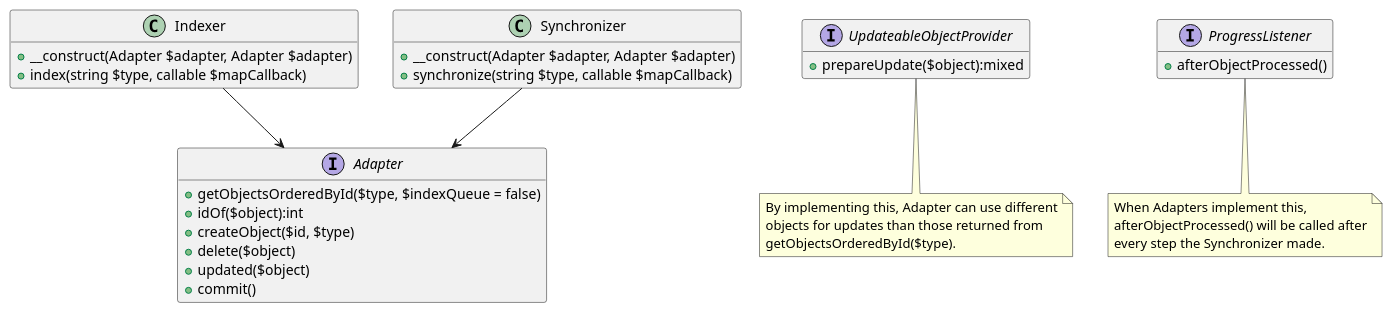
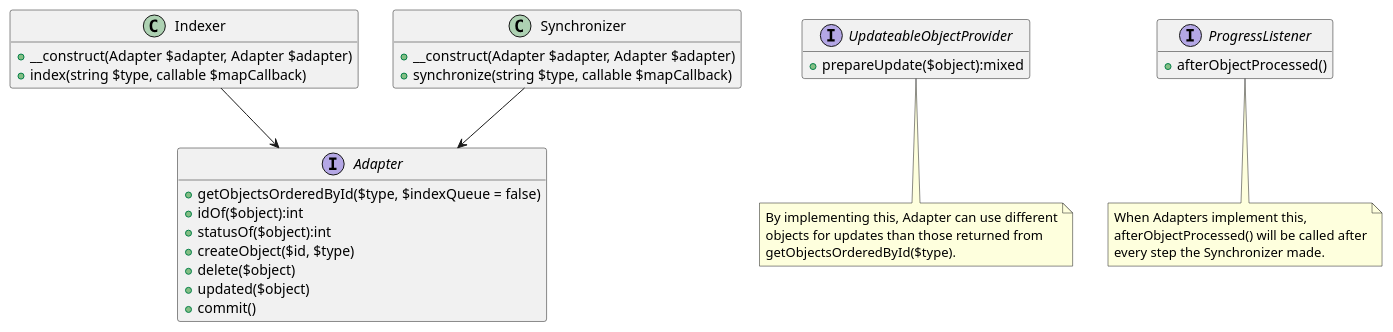
The diagram in doc/class-diagram.puml (h69/content-mapping), drawn with PlantUML before and after one commit. The commit also changed 2 other files, not shown here.

Commit message:
update class-diagram and concept readme

```diff
--- a/doc/class-diagram.puml
+++ b/doc/class-diagram.puml
@@ -1,38 +1,39 @@
 @startuml
 
 hide empty methods
 hide empty fields
 
 class Indexer {
     +__construct(Adapter $adapter, Adapter $adapter)
     +index(string $type, callable $mapCallback)
 }
 
 class Synchronizer {
     +__construct(Adapter $adapter, Adapter $adapter)
     +synchronize(string $type, callable $mapCallback)
 }
 
 interface Adapter {
     +getObjectsOrderedById($type, $indexQueue = false)
     +idOf($object):int
+    +statusOf($object):int
     +createObject($id, $type)
     +delete($object)
     +updated($object)
     +commit()
 }
 
 interface UpdateableObjectProvider {
     +prepareUpdate($object):mixed
 }
 note bottom: By implementing this, Adapter can use different\nobjects for updates than those returned from\ngetObjectsOrderedById($type).
 
 interface ProgressListener {
     +afterObjectProcessed()
 }
 note bottom: When Adapters implement this,\nafterObjectProcessed() will be called after\nevery step the Synchronizer made.
 
 Synchronizer --> Adapter
 Indexer --> Adapter
 
 @enduml
```
